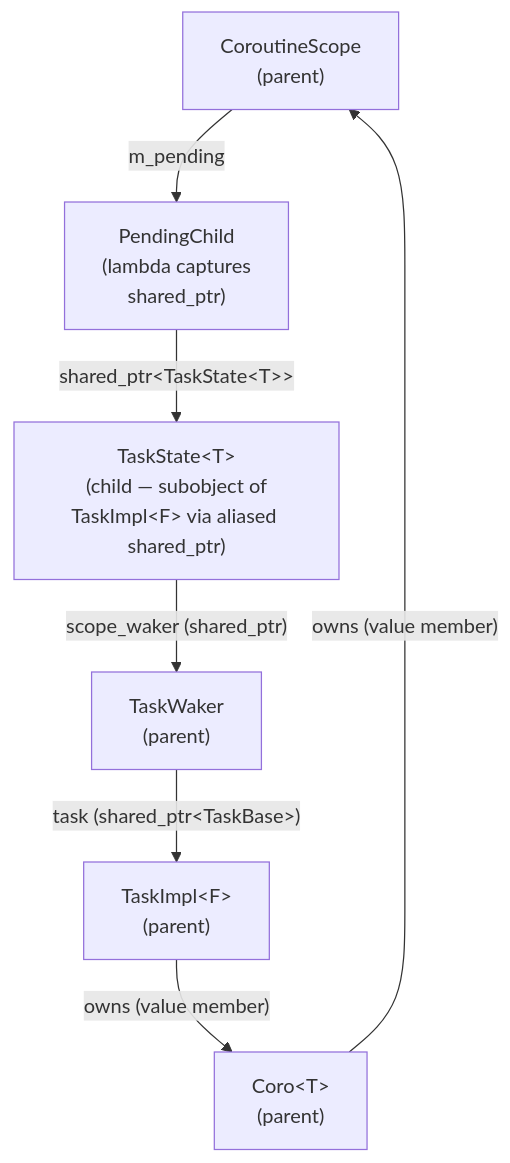
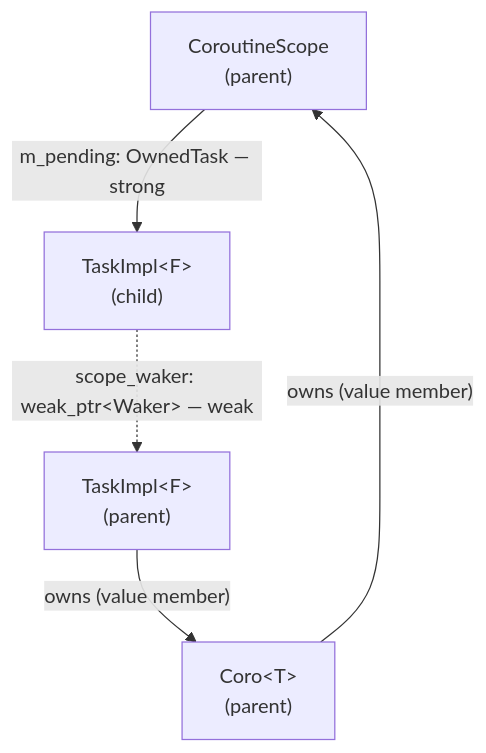
One commit to bts164/coro changed the third of 4 diagrams in doc/shared_ptr_cycles.md. Above: the diagram before and after it, drawn with Mermaid. The commit also changed other lines of this file and 42 other files, not shown here.

Commit message:
Eliminated the TaskWaker and made the task itself the waker. Also added OwnedTask and use weak_ptrs to break the circular task references.

````diff
--- a/doc/shared_ptr_cycles.md
+++ b/doc/shared_ptr_cycles.md
@@ -181,16 +168,12 @@
 ```mermaid
 graph TD
     Scope["CoroutineScope\n(parent)"]
-    PC["PendingChild\n(lambda captures\nshared_ptr)"]
-    TSC["TaskState&lt;T&gt;\n(child — subobject of\nTaskImpl&lt;F&gt; via aliased shared_ptr)"]
-    TW["TaskWaker\n(parent)"]
+    Child["TaskImpl&lt;F&gt;\n(child)"]
     TP["TaskImpl&lt;F&gt;\n(parent)"]
     Coro["Coro&lt;T&gt;\n(parent)"]
 
-    Scope -->|"m_pending"| PC
-    PC -->|"shared_ptr&lt;TaskState&lt;T&gt;&gt;"| TSC
-    TSC -->|"scope_waker (shared_ptr)"| TW
-    TW -->|"task (shared_ptr&lt;TaskBase&gt;)"| TP
+    Scope -->|"m_pending: OwnedTask — strong"| Child
+    Child -. "scope_waker: weak_ptr&lt;Waker&gt; — weak" .-> TP
     TP -->|"owns (value member)"| Coro
     Coro -->|"owns (value member)"| Scope
 ```
````
